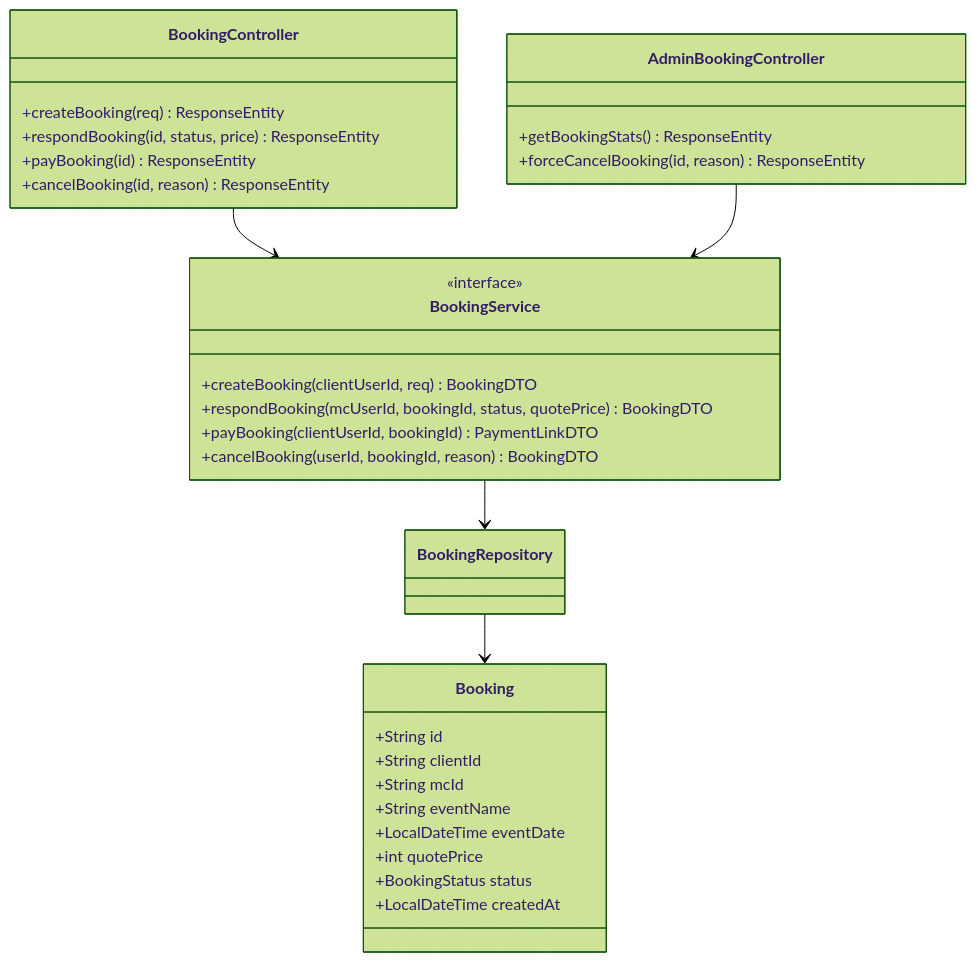
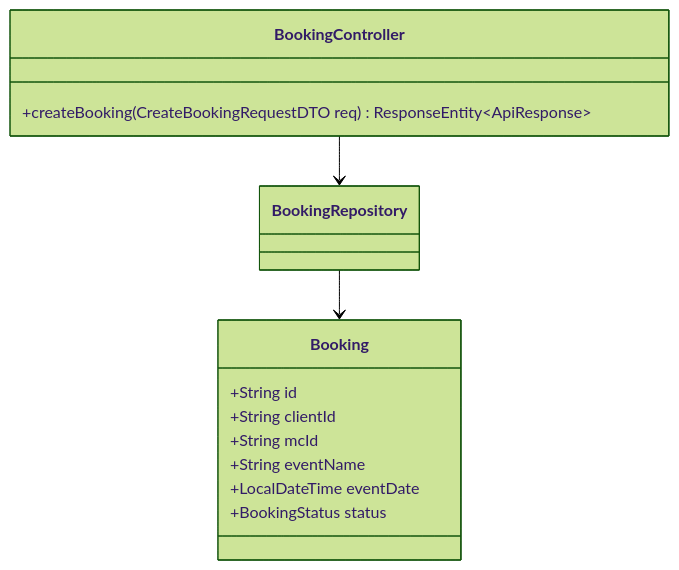
One commit to The-MC-Hub/MC_Voice_Training_Backend changed the first of 12 diagrams in docs/use-cases/UC-11-mc-booking-hiring.md. Above: the diagram before and after it, drawn with Mermaid (forest theme). The commit also changed other lines of this file and 12 other files, not shown here.

Commit message:
docs(use-cases): fully expand all sub-use-cases across all 13 UC files with dedicated Class Diagrams, Sequence Diagrams, and Unit Tests

````diff
--- a/docs/use-cases/UC-11-mc-booking-hiring.md
+++ b/docs/use-cases/UC-11-mc-booking-hiring.md
@@ -30,38 +15,16 @@
 ```mermaid
 classDiagram
     class BookingController {
-        +createBooking(req) ResponseEntity
-        +respondBooking(id, status, price) ResponseEntity
-        +payBooking(id) ResponseEntity
-        +cancelBooking(id, reason) ResponseEntity
+        +createBooking(CreateBookingRequestDTO req) ResponseEntity~ApiResponse~
     }
-
-    class AdminBookingController {
-        +getBookingStats() ResponseEntity
-        +forceCancelBooking(id, reason) ResponseEntity
-    }
-
-    class BookingService {
-        <<interface>>
-        +createBooking(clientUserId, req) BookingDTO
-        +respondBooking(mcUserId, bookingId, status, quotePrice) BookingDTO
-        +payBooking(clientUserId, bookingId) PaymentLinkDTO
-        +cancelBooking(userId, bookingId, reason) BookingDTO
-    }
-
     class Booking {
         +String id
         +String clientId
         +String mcId
         +String eventName
         +LocalDateTime eventDate
-        +int quotePrice
         +BookingStatus status
-        +LocalDateTime createdAt
     }
-
-    BookingController --> BookingService
-    AdminBookingController --> BookingService
-    BookingService --> BookingRepository
+    BookingController --> BookingRepository
     BookingRepository --> Booking
 ```
````
